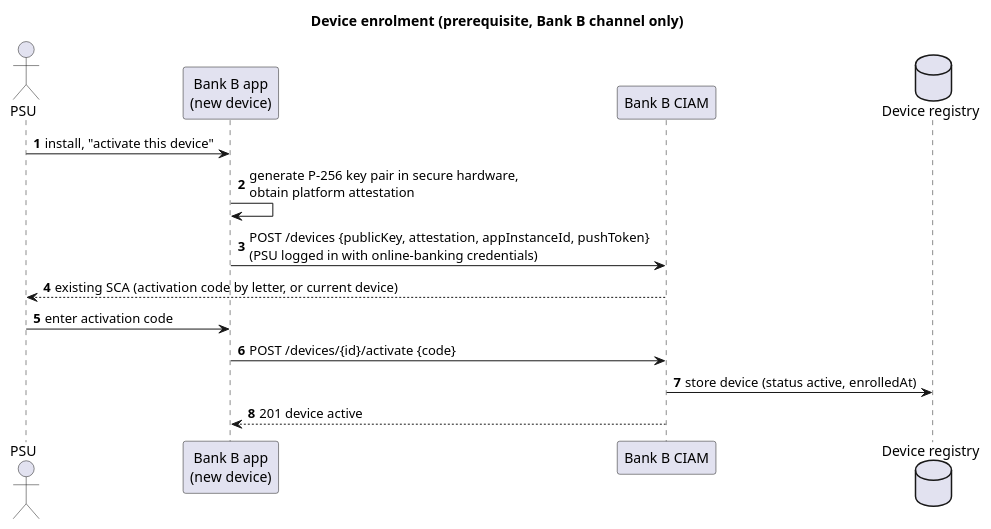
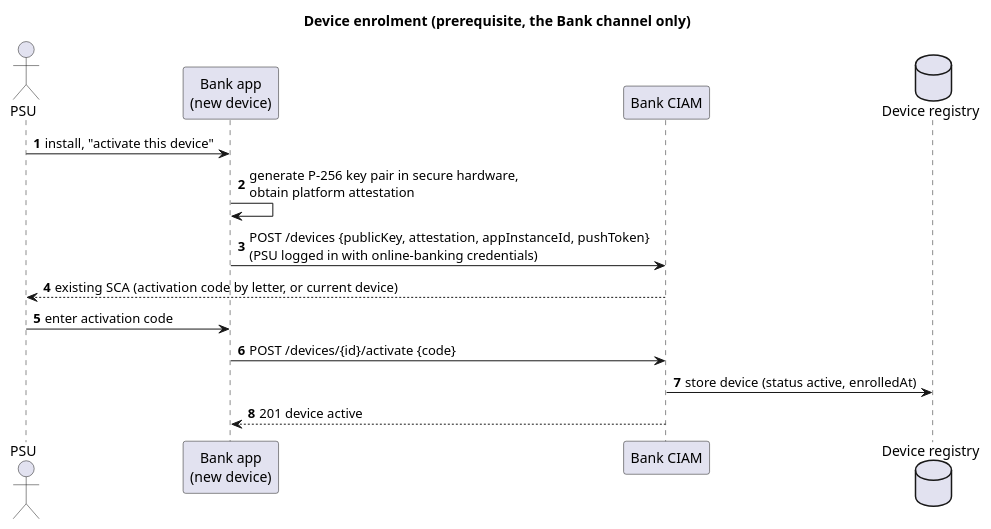
One commit to vondacho/psd2-sandbox changed the diagram in docs/design/puml/03-seq-device-enrolment.puml. Above: the diagram before and after it, drawn with PlantUML. The commit also changed 149 other files, not shown here.

```diff
--- a/docs/design/puml/03-seq-device-enrolment.puml
+++ b/docs/design/puml/03-seq-device-enrolment.puml
@@ -1,17 +1,17 @@
 @startuml 03-seq-device-enrolment
-title Device enrolment (prerequisite, Bank B channel only)
+title Device enrolment (prerequisite, the Bank channel only)
 autonumber
 actor PSU
-participant "Bank B app\n(new device)" as App
-participant "Bank B CIAM" as CIAM
+participant "Bank app\n(new device)" as App
+participant "Bank CIAM" as CIAM
 database "Device registry" as Reg
 
 PSU -> App : install, "activate this device"
 App -> App : generate P-256 key pair in secure hardware,\nobtain platform attestation
 App -> CIAM : POST /devices {publicKey, attestation, appInstanceId, pushToken}\n(PSU logged in with online-banking credentials)
 CIAM --> PSU : existing SCA (activation code by letter, or current device)
 PSU -> App : enter activation code
 App -> CIAM : POST /devices/{id}/activate {code}
 CIAM -> Reg : store device (status active, enrolledAt)
 CIAM --> App : 201 device active
 @enduml
```
